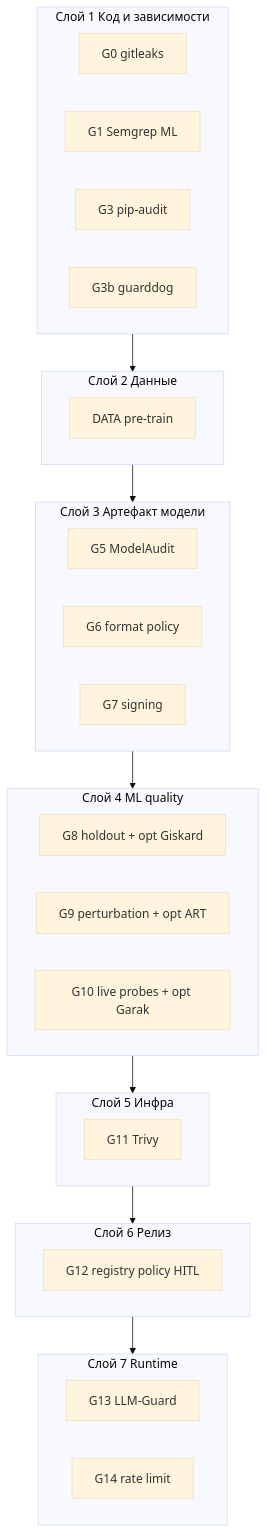
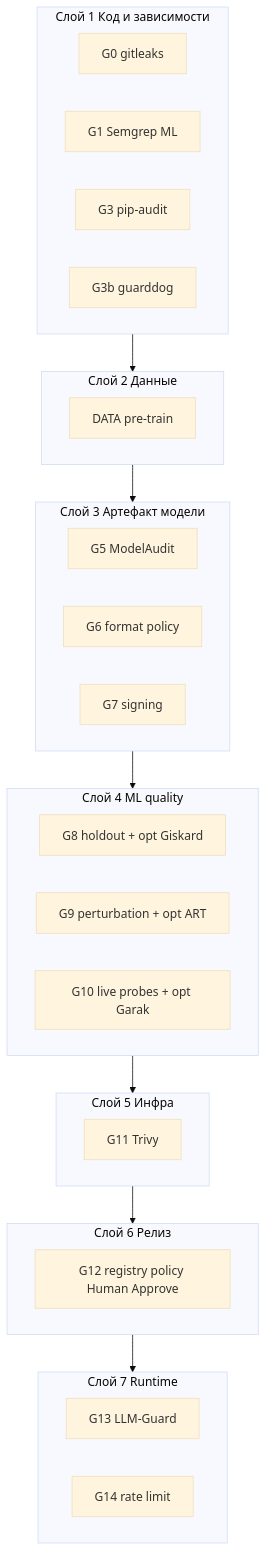
Before and after one commit to Ermakov764/Alfa_bank_MLSecOps: the fourth of 15 diagrams in docs/architecture_full.md, drawn with Mermaid (base theme). The commit also changed other lines of this file and 12 other files, not shown here.

````diff
--- a/docs/architecture_full.md
+++ b/docs/architecture_full.md
@@ -187,45 +187,45 @@
 ```mermaid
 flowchart TB
   subgraph L1 [Слой 1 Код и зависимости]
     G0[G0 gitleaks]
     G1[G1 Semgrep ML]
     G3[G3 pip-audit]
     G3b[G3b guarddog]
   end
 
   subgraph L2 [Слой 2 Данные]
     DATA[DATA pre-train]
   end
 
   subgraph L3 [Слой 3 Артефакт модели]
     G5[G5 ModelAudit]
     G6[G6 format policy]
     G7[G7 signing]
   end
 
   subgraph L4 [Слой 4 ML quality]
     G8[G8 holdout + opt Giskard]
     G9[G9 perturbation + opt ART]
     G10[G10 live probes + opt Garak]
   end
 
   subgraph L5 [Слой 5 Инфра]
     G11[G11 Trivy]
   end
 
   subgraph L6 [Слой 6 Релиз]
-    G12[G12 registry policy HITL]
+    G12[G12 registry policy Human Approve]
   end
 
   subgraph L7 [Слой 7 Runtime]
     G13[G13 LLM-Guard]
     G14[G14 rate limit]
   end
 
   L1 --> L2
   L2 --> L3
   L3 --> L4
   L4 --> L5
   L5 --> L6
   L6 --> L7
 ```
````
